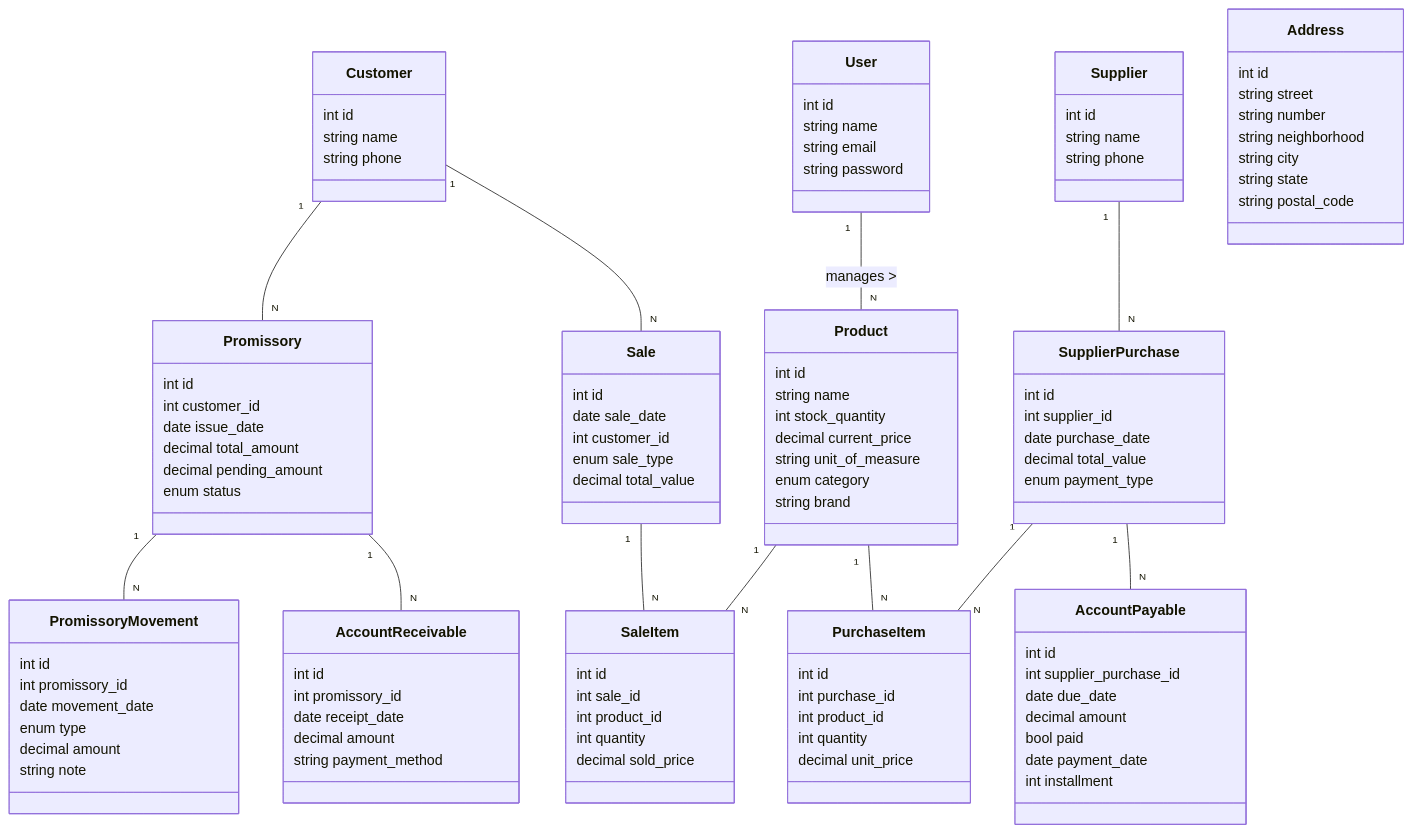
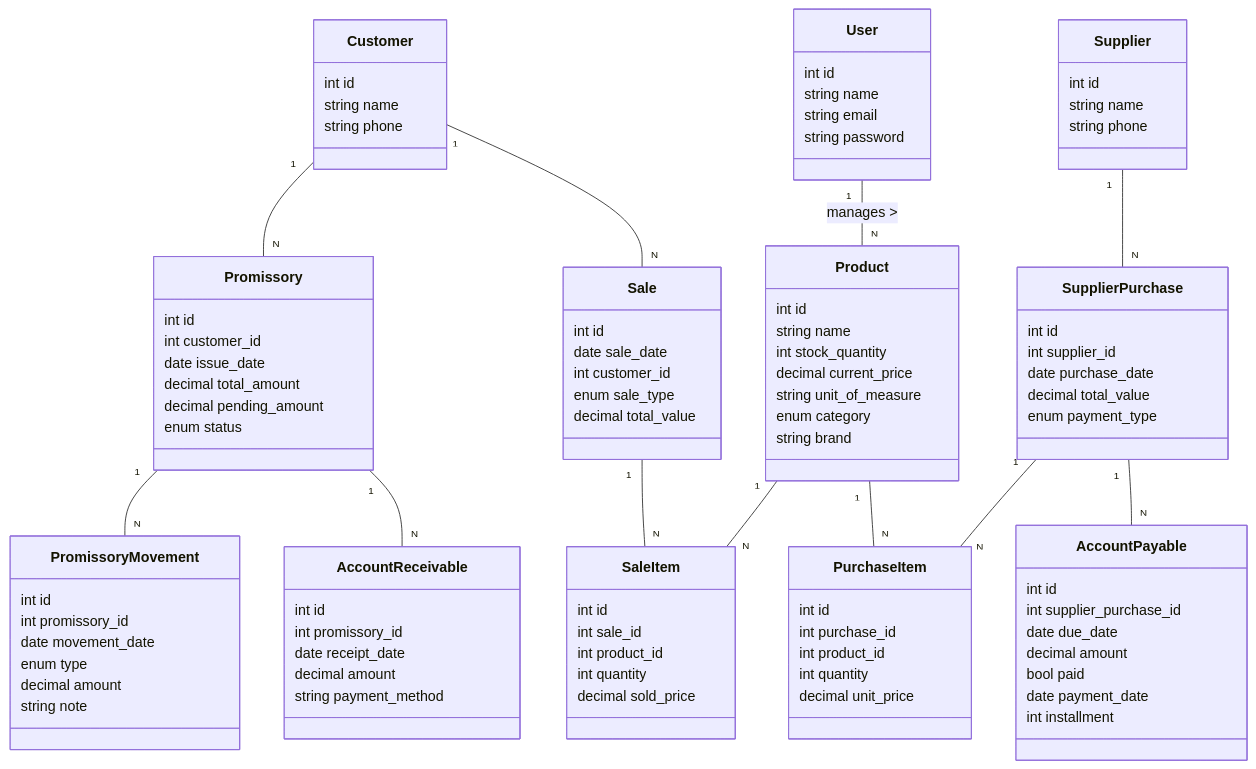
One commit to quirinof/rstore changed the diagram in docs/models.md. Above: the diagram before and after it, drawn with Mermaid. The commit also changed 12 other files, not shown here.

```diff
--- a/docs/models.md
+++ b/docs/models.md
@@ -22,16 +22,6 @@
   int id
   string name
   string phone
-}
-
-class Address {
-  int id
-  string street
-  string number
-  string neighborhood
-  string city
-  string state
-  string postal_code
 }
 
 class Product {
```
